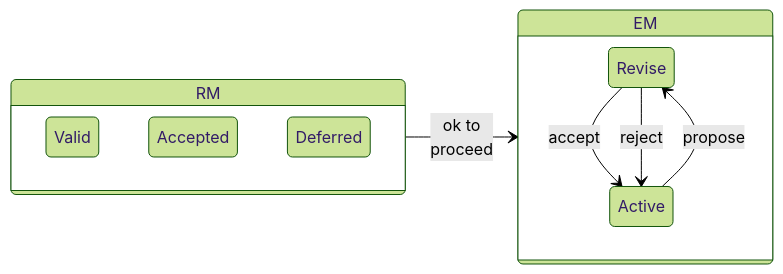
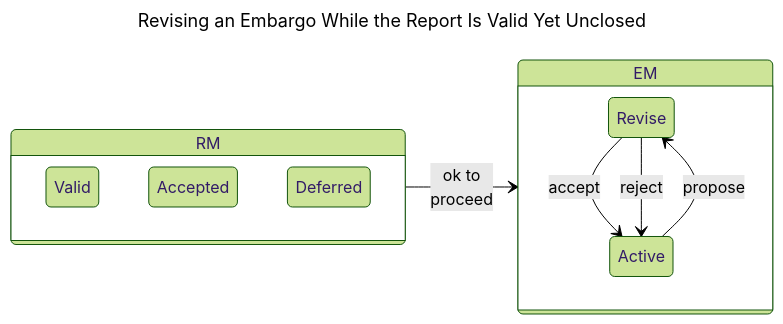
One commit to CERTCC/Vultron changed the fourth of 11 diagrams in docs/topics/process_models/model_interactions/rm_em.md. Above: the diagram before and after it, drawn with Mermaid (forest theme). The commit also changed other lines of this file and 44 other files, not shown here.

````diff
--- a/docs/topics/process_models/model_interactions/rm_em.md
+++ b/docs/topics/process_models/model_interactions/rm_em.md
@@ -139,15 +142,18 @@
 ```mermaid
+---
+title: Revising an Embargo While the Report Is Valid Yet Unclosed
+---
 stateDiagram-v2
     direction LR
     state RM {
         Valid
         Accepted
         Deferred
     }
     state EM {
         Revise --> Active : accept
         Revise --> Active : reject
         Active --> Revise : propose
     }
     RM --> EM : ok to<br/>proceed
 ```
````
